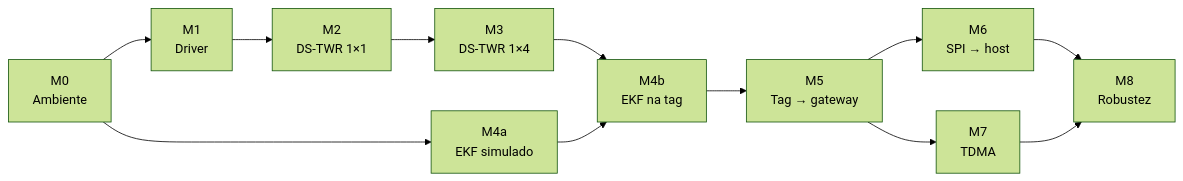
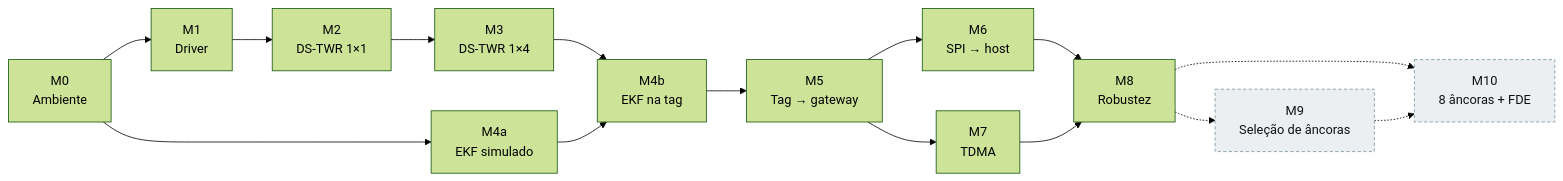
One commit to MauroTony/dwm1001-rtls-fw changed the diagram in docs/08-etapas-e-testes.md. Above: the diagram before and after it, drawn with Mermaid (forest theme). The commit also changed other lines of this file and 3 other files, not shown here.

````diff
--- a/docs/08-etapas-e-testes.md
+++ b/docs/08-etapas-e-testes.md
@@ -16,12 +16,16 @@
 ```mermaid
 flowchart LR
     M0["M0<br/>Ambiente"] --> M1["M1<br/>Driver"] --> M2["M2<br/>DS-TWR 1×1"] --> M3["M3<br/>DS-TWR 1×4"]
     M0 --> M4a["M4a<br/>EKF simulado"]
     M3 --> M4b["M4b<br/>EKF na tag"]
     M4a --> M4b
     M4b --> M5["M5<br/>Tag → gateway"]
     M5 --> M6["M6<br/>SPI → host"]
     M5 --> M7["M7<br/>TDMA"]
     M6 --> M8["M8<br/>Robustez"]
     M7 --> M8
+    M8 -.-> M9["M9<br/>Seleção de âncoras"]:::opt
+    M8 -.-> M10["M10<br/>8 âncoras + FDE"]:::opt
+    M9 -.-> M10
+    classDef opt fill:#eceff1,stroke:#78909c,color:#111,stroke-dasharray:4 3
 ```
````
